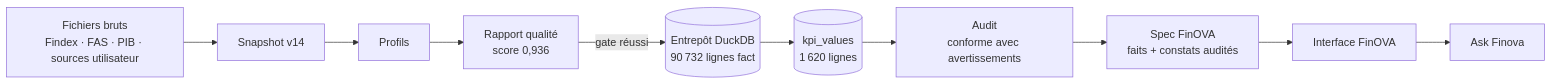
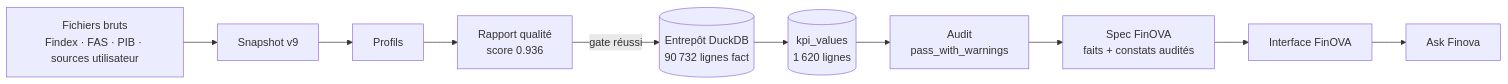
The third of 3 diagrams in docs/deliverables/ARCHITECTURE.md (khalilbenyoussef/data-science-project), drawn with Mermaid before and after one commit. The commit also changed other lines of this file and 81 other files, not shown here.

````diff
--- a/docs/deliverables/ARCHITECTURE.md
+++ b/docs/deliverables/ARCHITECTURE.md
@@ -108,10 +108,10 @@
 ```mermaid
 flowchart LR
-  RAW["Fichiers bruts<br/>Findex · FAS · PIB · sources utilisateur"] --> SNAP["Snapshot v14"]
-  SNAP --> PROF[Profils] --> QUAL["Rapport qualité<br/>score 0,936"]
+  RAW["Fichiers bruts<br/>Findex · FAS · PIB · sources utilisateur"] --> SNAP["Snapshot v9"]
+  SNAP --> PROF[Profils] --> QUAL["Rapport qualité<br/>score 0.936"]
   QUAL -->|gate réussi| DW[("Entrepôt DuckDB<br/>90 732 lignes fact")]
   DW --> KPI[("kpi_values<br/>1 620 lignes")]
-  KPI --> AUD["Audit<br/>conforme avec avertissements"]
+  KPI --> AUD["Audit<br/>pass_with_warnings"]
   AUD --> SPEC["Spec FinOVA<br/>faits + constats audités"]
   SPEC --> UI[Interface FinOVA] --> ASK[Ask Finova]
 ```
````
